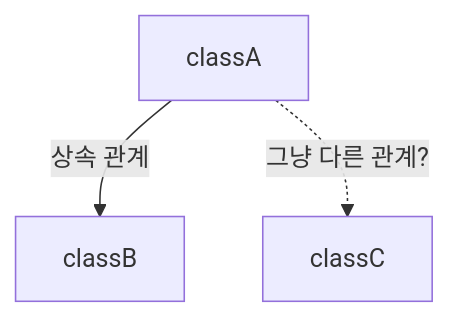
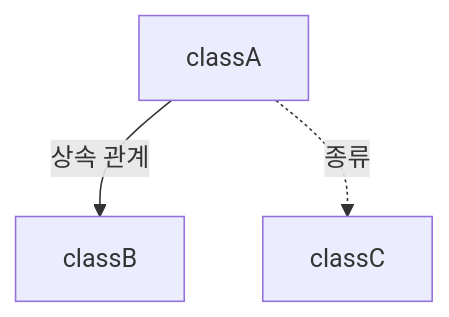
One commit to hdoo42/Notes changed the first of 2 diagrams in IRC/Class diagram.md. Above: the diagram before and after it, drawn with Mermaid. The commit also changed 25 other files, not shown here.

````diff
--- a/IRC/Class diagram.md
+++ b/IRC/Class diagram.md
@@ -3,5 +3,5 @@
 ```mermaid
 graph TD
 classA --상속 관계--> classB
-classA -.그냥 다른 관계?.->classC
+classA -.종류.->classC
 ```
````
